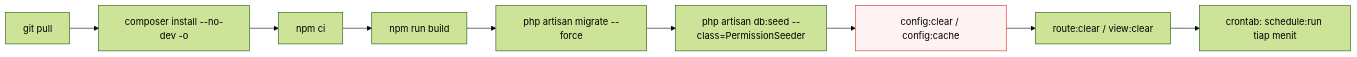
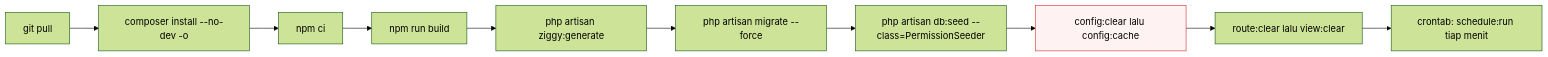
Before and after one commit to RamsQ/kasirapp-dev: the ninth of 9 diagrams in docs/ARSITEKTUR.md, drawn with Mermaid (forest theme). The commit also changed other lines of this file, not shown here.

````diff
--- a/docs/ARSITEKTUR.md
+++ b/docs/ARSITEKTUR.md
@@ -304,13 +546,14 @@
 ```mermaid
 flowchart LR
     G["git pull"] --> C1["composer install --no-dev -o"]
     C1 --> N1["npm ci"]
     N1 --> N2["npm run build"]
-    N2 --> M["php artisan migrate --force"]
+    N2 --> Z["php artisan ziggy:generate"]
+    Z --> M["php artisan migrate --force"]
     M --> S["php artisan db:seed --class=PermissionSeeder"]
-    S --> CA["config:clear / config:cache"]
-    CA --> RT["route:clear / view:clear"]
+    S --> CA["config:clear lalu config:cache"]
+    CA --> RT["route:clear lalu view:clear"]
     RT --> SCH["crontab: schedule:run tiap menit"]
 
     style CA fill:#fef2f2,stroke:#dc2626
 ```
````
